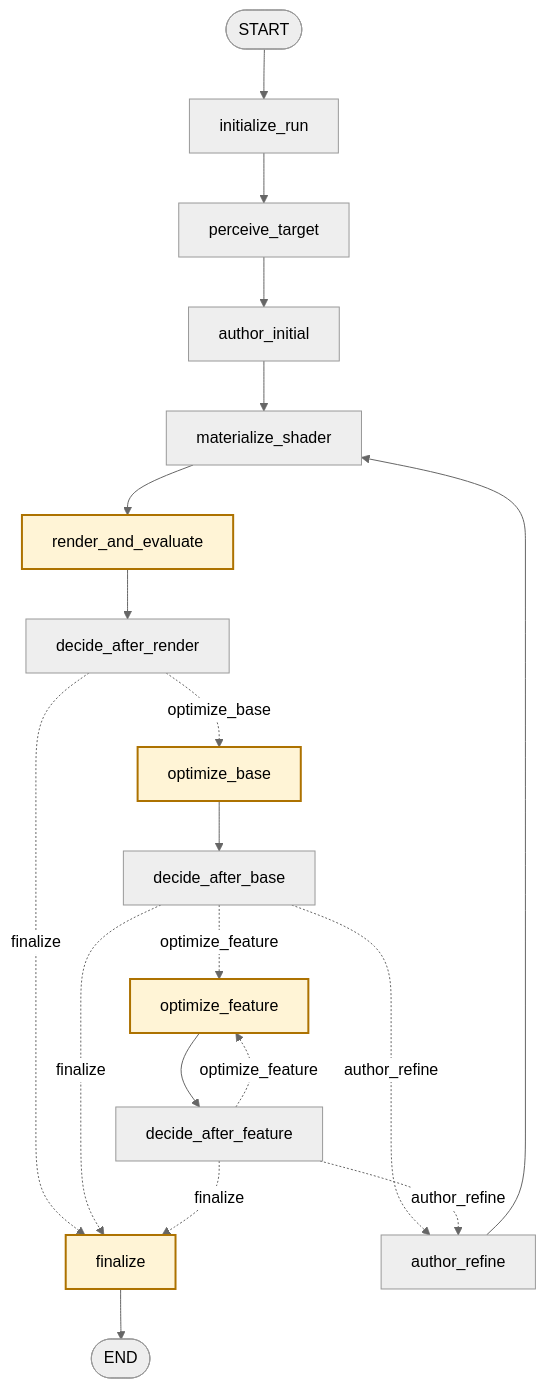
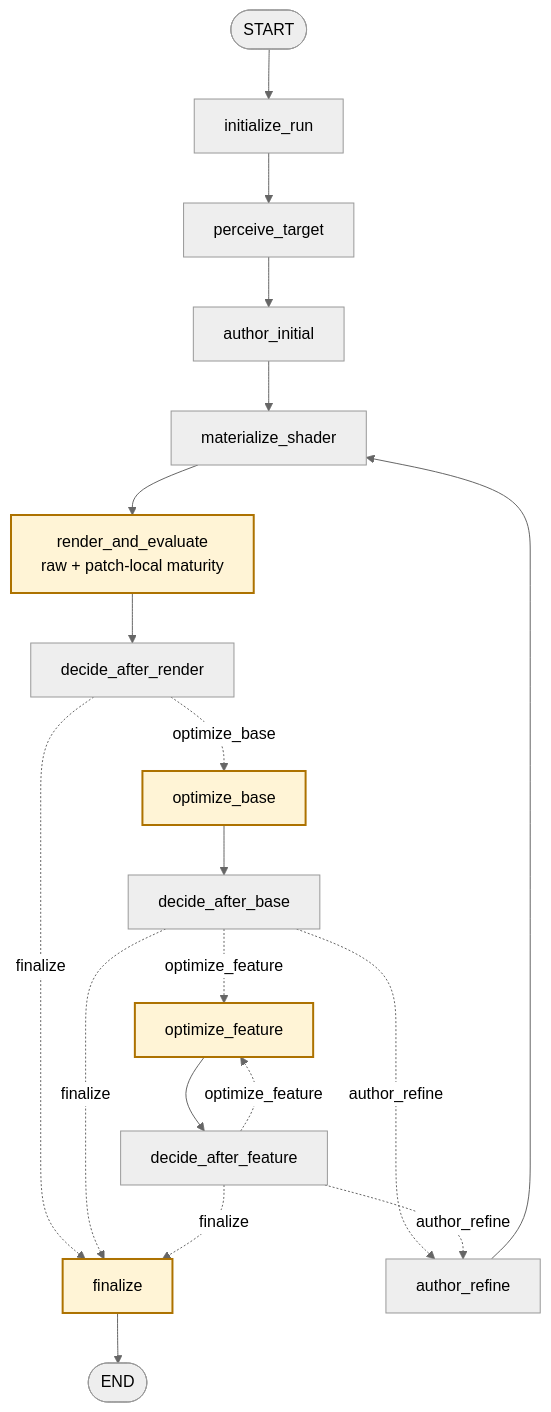
One commit to TOoSad-deep/ShaderGen changed the second of 2 diagrams in src/agent/app/graphs/ARCHITECTURE.md. Above: the diagram before and after it, drawn with Mermaid (neutral theme). The commit also changed other lines of this file and 46 other files, not shown here.

````diff
--- a/src/agent/app/graphs/ARCHITECTURE.md
+++ b/src/agent/app/graphs/ARCHITECTURE.md
@@ -129,26 +129,26 @@
 ```mermaid
 flowchart TD
     START([START])
     END([END])
     START --> initialize_run[initialize_run]
     initialize_run --> perceive_target[perceive_target]
     perceive_target --> author_initial[author_initial]
     author_initial --> materialize_shader[materialize_shader]
-    materialize_shader --> render_and_evaluate[render_and_evaluate]
+    materialize_shader --> render_and_evaluate[render_and_evaluate<br/>raw + patch-local maturity]
     render_and_evaluate --> decide_after_render[decide_after_render]
     decide_after_render -. optimize_base .-> optimize_base[optimize_base]
     decide_after_render -. finalize .-> finalize[finalize]
     optimize_base --> decide_after_base[decide_after_base]
     decide_after_base -. optimize_feature .-> optimize_feature[optimize_feature]
     decide_after_base -. author_refine .-> author_refine[author_refine]
     decide_after_base -. finalize .-> finalize
     optimize_feature --> decide_after_feature[decide_after_feature]
     decide_after_feature -. optimize_feature .-> optimize_feature
     decide_after_feature -. author_refine .-> author_refine
     decide_after_feature -. finalize .-> finalize
     author_refine --> materialize_shader
     finalize --> END
 
     classDef safety fill:#fff4d6,stroke:#ad7200,stroke-width:2px
     class render_and_evaluate,optimize_base,optimize_feature,finalize safety
 ```
````
